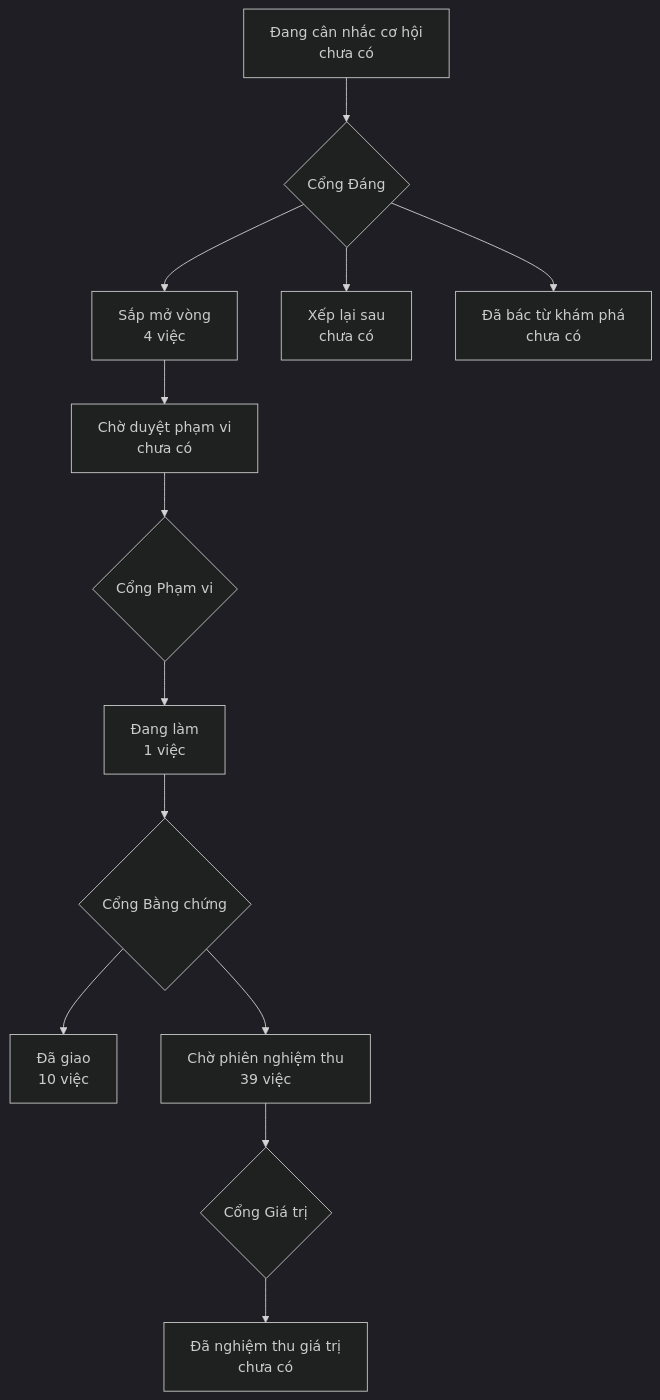
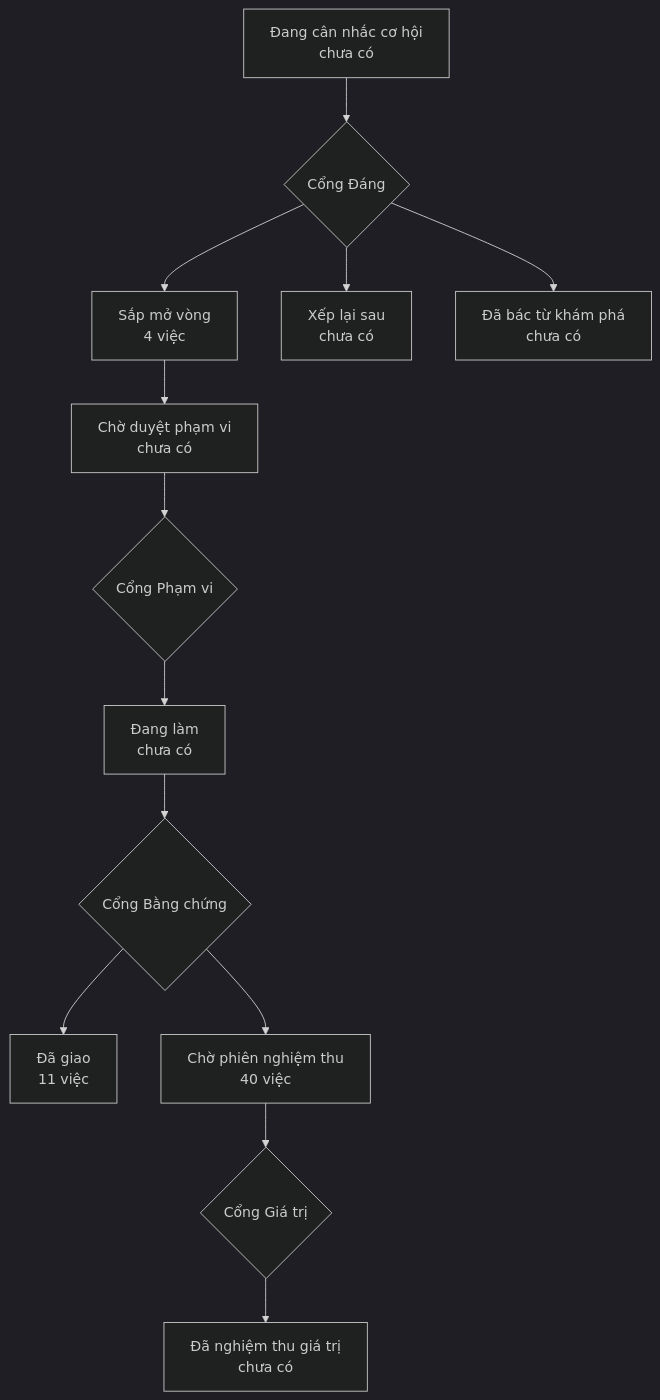
The diagram in PRODUCT-MAP.md (phanlemanh/onehub-quy-hang), drawn with Mermaid (dark theme) before and after one commit. The commit also changed other lines of this file and 4 other files, not shown here.

````diff
--- a/PRODUCT-MAP.md
+++ b/PRODUCT-MAP.md
@@ -7,12 +7,12 @@
 ```mermaid
 flowchart TD
   A["Đang cân nhắc cơ hội<br/>chưa có"] --> GD{"Cổng Đáng"}
   GD --> B["Sắp mở vòng<br/>4 việc"]
   GD --> XL["Xếp lại sau<br/>chưa có"]
   GD --> DB["Đã bác từ khám phá<br/>chưa có"]
   B --> CD["Chờ duyệt phạm vi<br/>chưa có"] --> GP{"Cổng Phạm vi"}
-  GP --> DL["Đang làm<br/>1 việc"] --> GB{"Cổng Bằng chứng"}
-  GB --> DG["Đã giao<br/>10 việc"]
-  GB --> CN["Chờ phiên nghiệm thu<br/>39 việc"] --> GG{"Cổng Giá trị"}
+  GP --> DL["Đang làm<br/>chưa có"] --> GB{"Cổng Bằng chứng"}
+  GB --> DG["Đã giao<br/>11 việc"]
+  GB --> CN["Chờ phiên nghiệm thu<br/>40 việc"] --> GG{"Cổng Giá trị"}
   GG --> NT["Đã nghiệm thu giá trị<br/>chưa có"]
 ```
````
